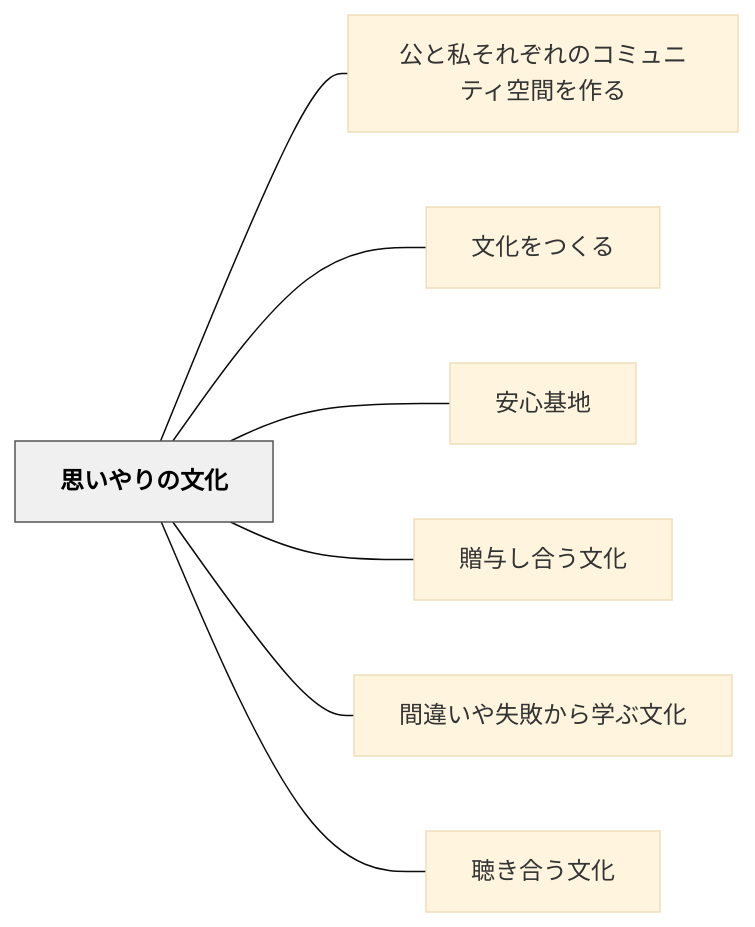
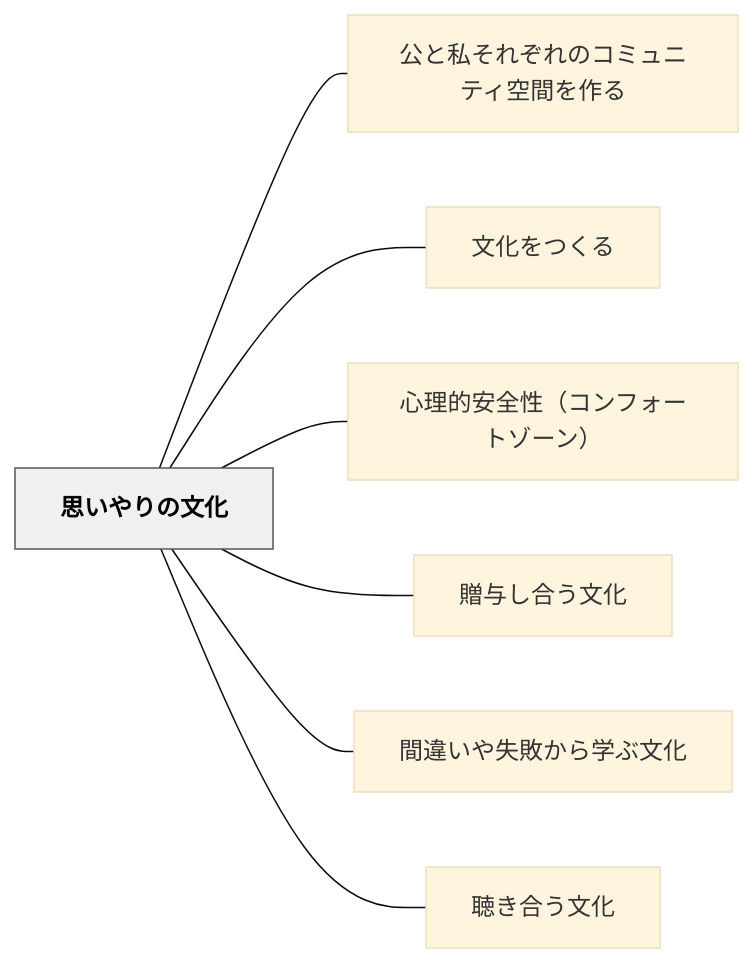
One commit to unknownthings-ed-patterns/unknownthings-ed-patterns changed the diagram in content/パタン/思いやりの文化.md. Above: the diagram before and after it, drawn with Mermaid (base theme). The commit also changed other lines of this file and 30 other files, not shown here.

````diff
--- a/content/パタン/思いやりの文化.md
+++ b/content/パタン/思いやりの文化.md
@@ -45,20 +45,20 @@
 ```mermaid
 flowchart LR
     ne6809de38184e38284e3828ae381aee69687e58c96["思いやりの文化"]
     ne585ace381a8e7a781e3819de3828ce3819ee3828ce381aee382b3e3839fe383a5e3838be38386e382a3e7a9bae99693e38292e4bd9ce3828b["公と私それぞれのコミュニティ空間を作る"]
     ne69687e58c96e38292e381a4e3818fe3828b["文化をつくる"]
-    ne5ae89e5bf83e59fbae59cb0["安心基地"]
+    ne5bf83e79086e79a84e5ae89e585a8e680a7efbc88e382b3e383b3e38395e382a9e383bce38388e382bee383bce383b3efbc89["心理的安全性（コンフォートゾーン）"]
     ne8b488e4b88ee38197e59088e38186e69687e58c96["贈与し合う文化"]
     ne99693e98195e38184e38284e5a4b1e69597e3818be38289e5ada6e381b6e69687e58c96["間違いや失敗から学ぶ文化"]
     ne881b4e3818de59088e38186e69687e58c96["聴き合う文化"]
 
     ne6809de38184e38284e3828ae381aee69687e58c96 --- ne585ace381a8e7a781e3819de3828ce3819ee3828ce381aee382b3e3839fe383a5e3838be38386e382a3e7a9bae99693e38292e4bd9ce3828b
     ne6809de38184e38284e3828ae381aee69687e58c96 --- ne69687e58c96e38292e381a4e3818fe3828b
-    ne6809de38184e38284e3828ae381aee69687e58c96 --- ne5ae89e5bf83e59fbae59cb0
+    ne6809de38184e38284e3828ae381aee69687e58c96 --- ne5bf83e79086e79a84e5ae89e585a8e680a7efbc88e382b3e383b3e38395e382a9e383bce38388e382bee383bce383b3efbc89
     ne6809de38184e38284e3828ae381aee69687e58c96 --- ne8b488e4b88ee38197e59088e38186e69687e58c96
     ne6809de38184e38284e3828ae381aee69687e58c96 --- ne99693e98195e38184e38284e5a4b1e69597e3818be38289e5ada6e381b6e69687e58c96
     ne6809de38184e38284e3828ae381aee69687e58c96 --- ne881b4e3818de59088e38186e69687e58c96
 
     classDef hub fill:#f0f0f0,stroke:#555,color:#000,font-weight:bold
     class ne6809de38184e38284e3828ae381aee69687e58c96 hub
 ```
````
